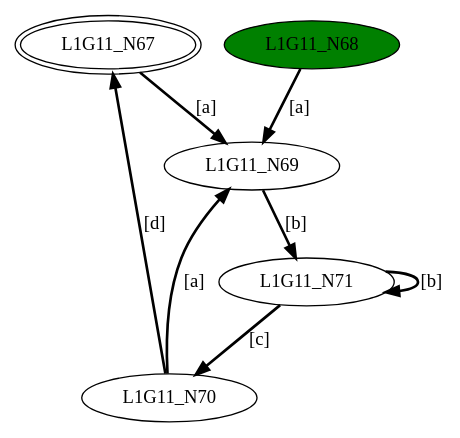
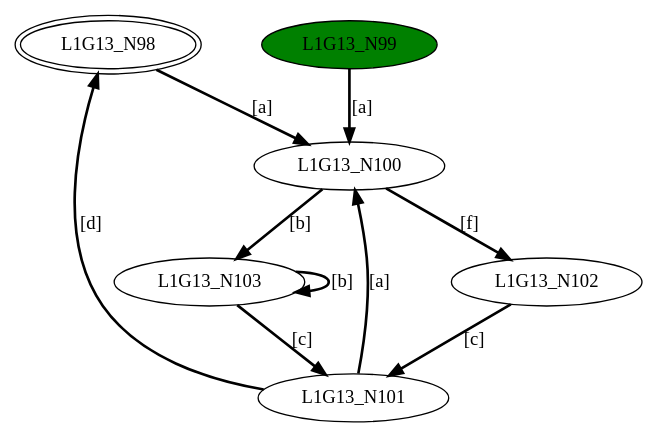
The diagram in DFASimulator/Testbench/minimizedDFA1.dot (GDimitroulakos/EDUFLEX), drawn with Graphviz before and after one commit. The commit also changed 34 other files, not shown here.

```diff
--- a/DFASimulator/Testbench/minimizedDFA1.dot
+++ b/DFASimulator/Testbench/minimizedDFA1.dot
@@ -1,14 +1,17 @@
-digraph G11{
-"L1G11_N67" [peripheries=2];
-"L1G11_N68" [style=filled,fillcolor=green];
-"L1G11_N69";
-"L1G11_N70";
-"L1G11_N71";
-"L1G11_N67"->"L1G11_N69" [style = bold, label = "[a]"];
-"L1G11_N68"->"L1G11_N69" [style = bold, label = "[a]"];
-"L1G11_N69"->"L1G11_N71" [style = bold, label = "[b]"];
-"L1G11_N70"->"L1G11_N67" [style = bold, label = "[d]"];
-"L1G11_N70"->"L1G11_N69" [style = bold, label = "[a]"];
-"L1G11_N71"->"L1G11_N70" [style = bold, label = "[c]"];
-"L1G11_N71"->"L1G11_N71" [style = bold, label = "[b]"];
+digraph G13{
+"L1G13_N98" [peripheries=2];
+"L1G13_N99" [style=filled,fillcolor=green];
+"L1G13_N100";
+"L1G13_N101";
+"L1G13_N102";
+"L1G13_N103";
+"L1G13_N98"->"L1G13_N100" [style = bold, label = "[a]"];
+"L1G13_N99"->"L1G13_N100" [style = bold, label = "[a]"];
+"L1G13_N100"->"L1G13_N102" [style = bold, label = "[f]"];
+"L1G13_N100"->"L1G13_N103" [style = bold, label = "[b]"];
+"L1G13_N101"->"L1G13_N98" [style = bold, label = "[d]"];
+"L1G13_N101"->"L1G13_N100" [style = bold, label = "[a]"];
+"L1G13_N102"->"L1G13_N101" [style = bold, label = "[c]"];
+"L1G13_N103"->"L1G13_N101" [style = bold, label = "[c]"];
+"L1G13_N103"->"L1G13_N103" [style = bold, label = "[b]"];
 }
```
